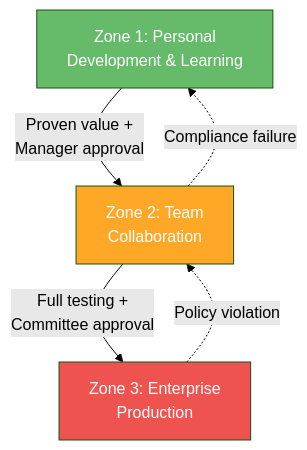
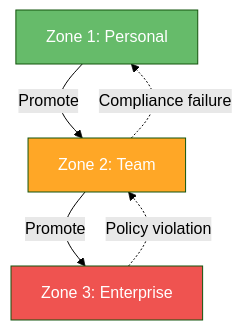
The first of 3 diagrams in docs/getting-started/zones.md (judeper/FSI-AgentGov), drawn with Mermaid (forest theme) before and after one commit. The commit also changed other lines of this file and 17 other files, not shown here.

````diff
--- a/docs/getting-started/zones.md
+++ b/docs/getting-started/zones.md
@@ -284,15 +284,15 @@
 ```mermaid
 graph TB
-    Z1[Zone 1: Personal<br/>Development & Learning]
-    Z2[Zone 2: Team<br/>Collaboration]
-    Z3[Zone 3: Enterprise<br/>Production]
+    Z1[Zone 1: Personal]
+    Z2[Zone 2: Team]
+    Z3[Zone 3: Enterprise]
 
-    Z1 -->|"Proven value +<br/>Manager approval"| Z2
-    Z2 -->|"Full testing +<br/>Committee approval"| Z3
-    Z3 -.->|"Policy violation"| Z2
-    Z2 -.->|"Compliance failure"| Z1
+    Z1 -->|Promote| Z2
+    Z2 -->|Promote| Z3
+    Z3 -.->|Policy violation| Z2
+    Z2 -.->|Compliance failure| Z1
 
     style Z1 fill:#66BB6A,color:#fff
     style Z2 fill:#FFA726,color:#fff
     style Z3 fill:#EF5350,color:#fff
 ```
````
